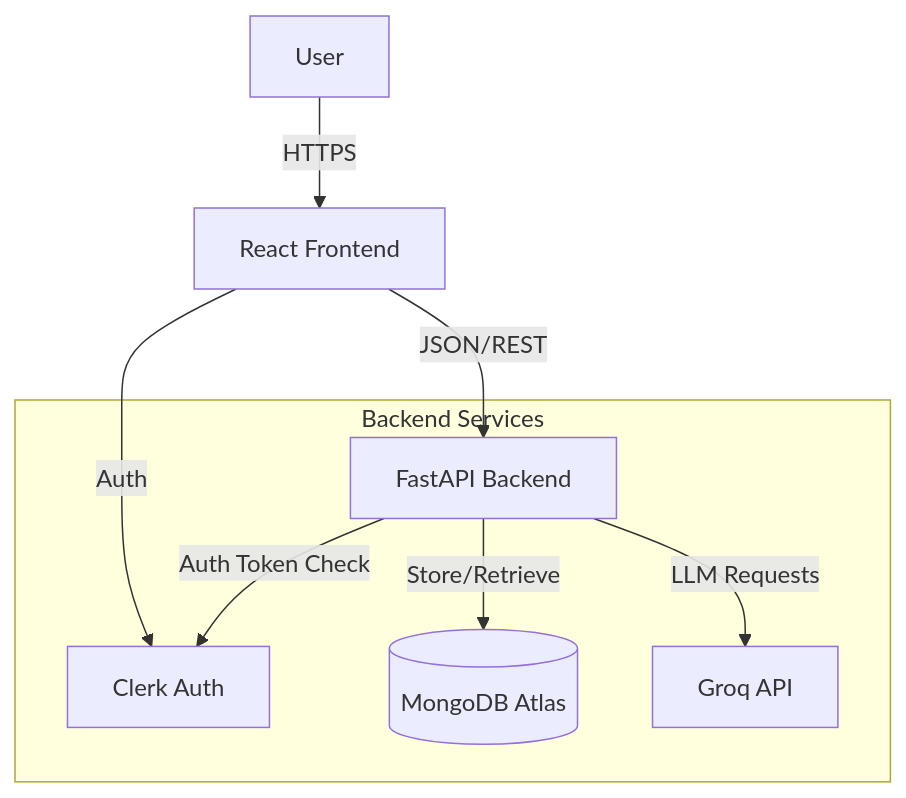
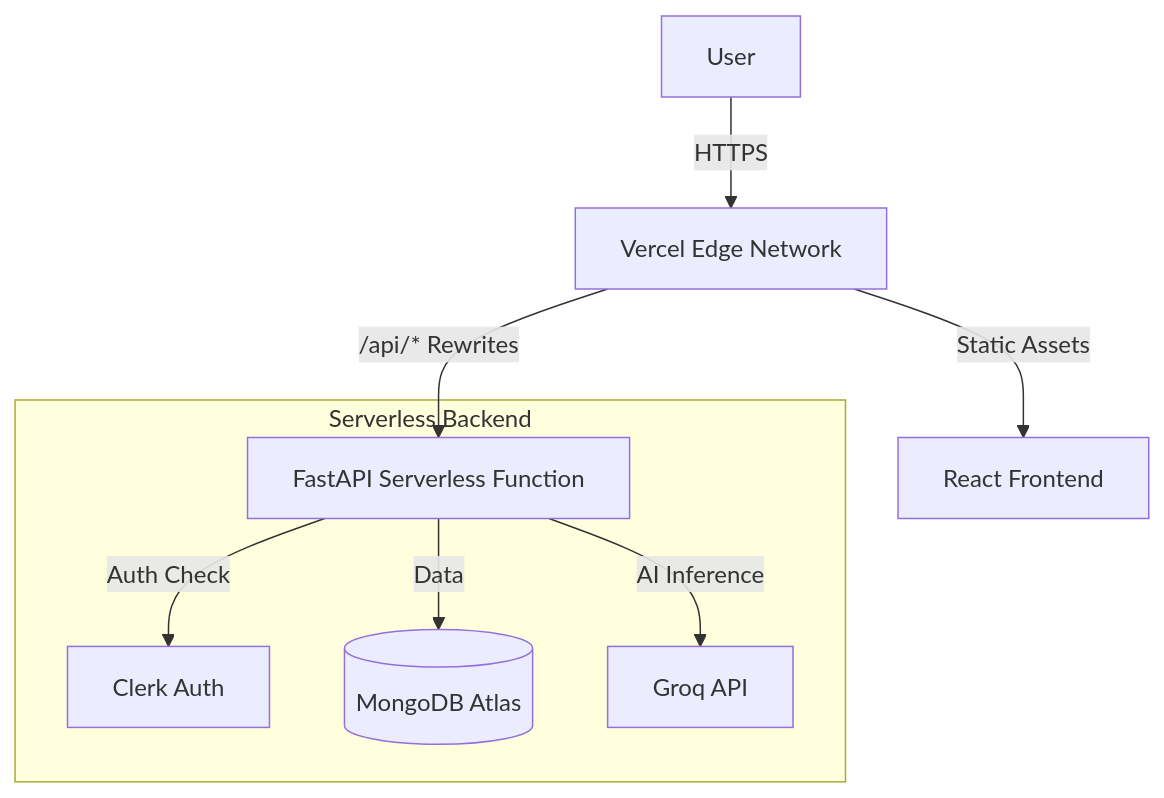
One commit to dev-Amann/AI-StudyBuddy changed the diagram in README.md. Above: the diagram before and after it, drawn with Mermaid. The commit also changed other lines of this file, not shown here.

````diff
--- a/README.md
+++ b/README.md
@@ -42,12 +44,12 @@
 ```mermaid
 graph TD
-    User[User] -->|HTTPS| Frontend[React Frontend]
-    Frontend -->|Auth| Clerk[Clerk Auth]
-    Frontend -->|JSON/REST| Backend[FastAPI Backend]
+    User[User] -->|HTTPS| Vercel[Vercel Edge Network]
+    Vercel -->|Static Assets| Frontend[React Frontend]
+    Vercel -->|/api/* Rewrites| Serverless[FastAPI Serverless Function]
     
-    subgraph "Backend Services"
-        Backend -->|Auth Token Check| Clerk
-        Backend -->|Store/Retrieve| DB[(MongoDB Atlas)]
-        Backend -->|LLM Requests| Groq[Groq API]
+    subgraph "Serverless Backend"
+        Serverless -->|Auth Check| Clerk[Clerk Auth]
+        Serverless -->|Data| DB[(MongoDB Atlas)]
+        Serverless -->|AI Inference| Groq[Groq API]
     end
 ```
````
